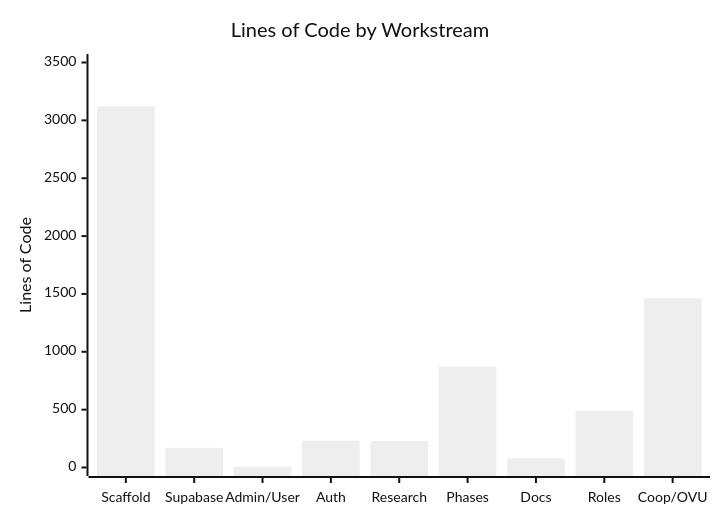
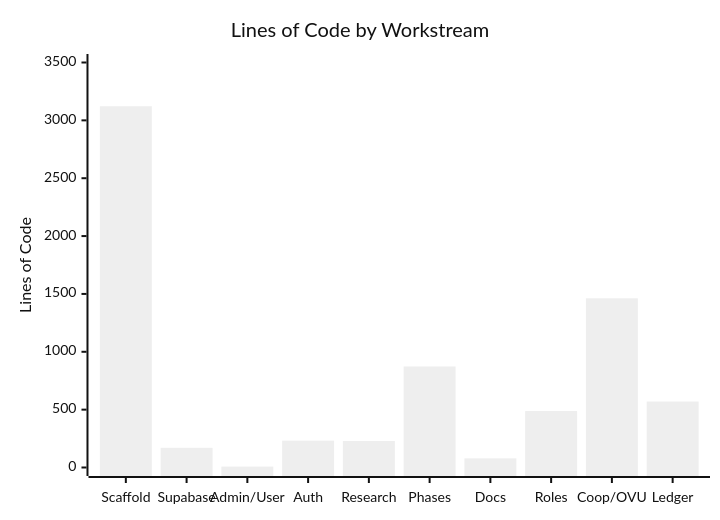
Before and after one commit to roger64s/CodeWithKris: the second of 2 diagrams in docs/PROJECT_SUMMARY.md, drawn with Mermaid (neutral theme). The commit also changed other lines of this file and 8 other files, not shown here.

````diff
--- a/docs/PROJECT_SUMMARY.md
+++ b/docs/PROJECT_SUMMARY.md
@@ -32,7 +32,7 @@
 ```mermaid
 xychart-beta
     title "Lines of Code by Workstream"
-    x-axis ["Scaffold", "Supabase", "Admin/User", "Auth", "Research", "Phases", "Docs", "Roles", "Coop/OVU"]
+    x-axis ["Scaffold", "Supabase", "Admin/User", "Auth", "Research", "Phases", "Docs", "Roles", "Coop/OVU", "Ledger"]
     y-axis "Lines of Code" 0 --> 3500
-    bar [3122, 170, 8, 232, 229, 873, 79, 488, 1462]
+    bar [3122, 170, 8, 232, 229, 873, 79, 488, 1462, 570]
 ```
````
